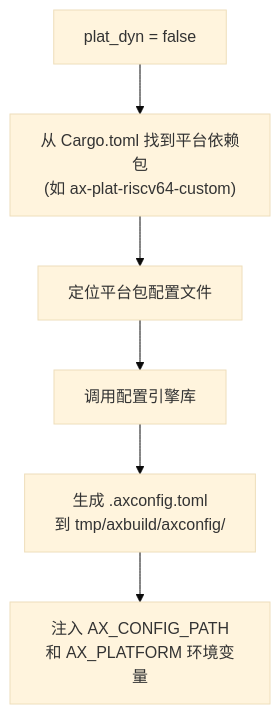
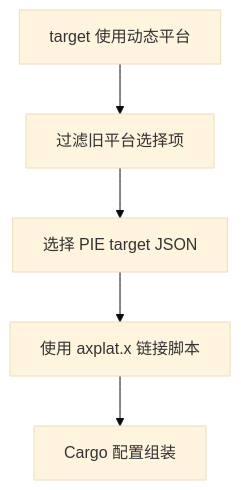
The fifth of 6 diagrams in docs/docs/build/build.md (rcore-os/tgoskits), drawn with Mermaid (base theme) before and after one commit. The commit also changed other lines of this file and 302 other files, not shown here.

First line of the commit message:
refactor: remove static platform and axconfig generation, make dynamic platform the only path (#1478)

````diff
--- a/docs/docs/build/build.md
+++ b/docs/docs/build/build.md
@@ -174,8 +167,7 @@
 ```mermaid
 flowchart TD
-    A["plat_dyn = false"] --> B["从 Cargo.toml 找到平台依赖包<br/>(如 ax-plat-riscv64-custom)"]
-    B --> C["定位平台包配置文件"]
-    C --> D["调用配置引擎库"]
-    D --> E["生成 .axconfig.toml<br/>到 tmp/axbuild/axconfig/"]
-    E --> F["注入 AX_CONFIG_PATH<br/>和 AX_PLATFORM 环境变量"]
+    A["target 使用动态平台"] --> B["过滤旧平台选择项"]
+    B --> C["选择 PIE target JSON"]
+    C --> D["使用 axplat.x 链接脚本"]
+    D --> E["Cargo 配置组装"]
 ```
````
